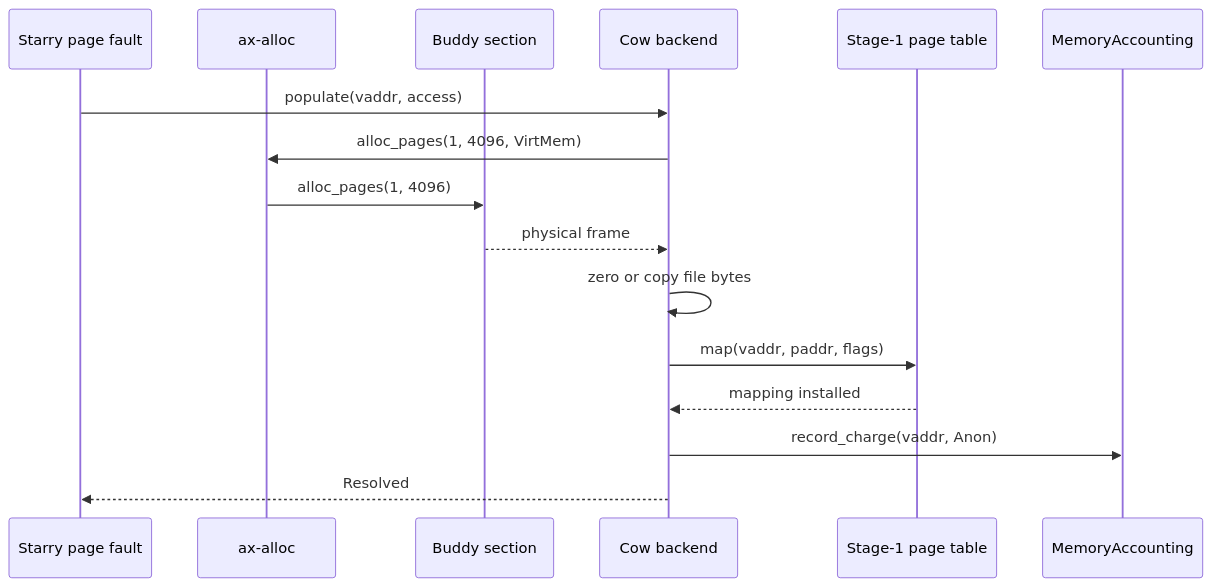
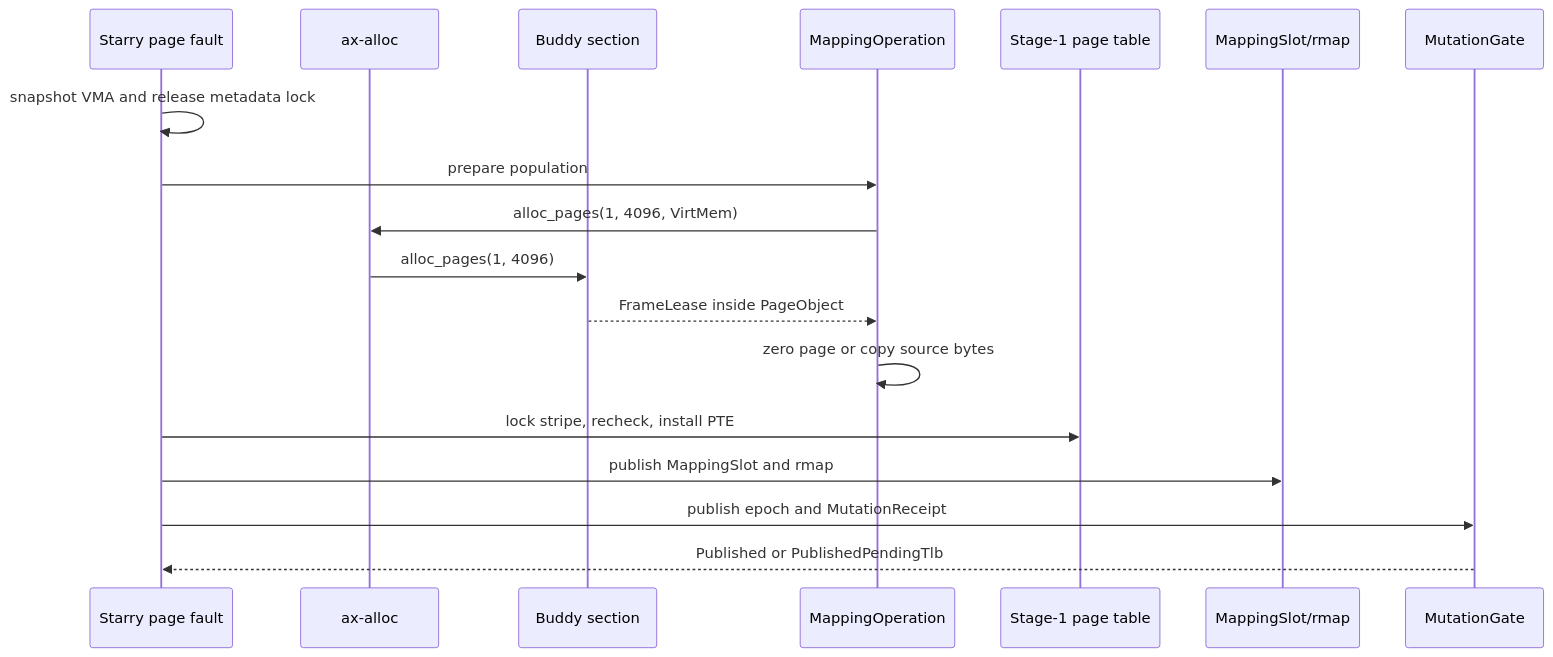
One commit to rcore-os/tgoskits changed the second of 2 diagrams in docs/docs/architecture/memory/overview.md. Above: the diagram before and after it, drawn with Mermaid. The commit also changed other lines of this file and 171 other files, not shown here.

````diff
--- a/docs/docs/architecture/memory/overview.md
+++ b/docs/docs/architecture/memory/overview.md
@@ -156,19 +156,21 @@
 ```mermaid
 sequenceDiagram
     participant Fault as Starry page fault
     participant Alloc as ax-alloc
     participant Buddy as Buddy section
-    participant Backend as Cow backend
+    participant Op as MappingOperation
     participant PT as Stage-1 page table
-    participant 常驻内存集大小 as MemoryAccounting
+    participant Graph as MappingSlot/rmap
+    participant Tx as MutationGate
 
-    Fault->>Backend: populate(vaddr, access)
-    Backend->>Alloc: alloc_pages(1, 4096, VirtMem)
+    Fault->>Fault: snapshot VMA and release metadata lock
+    Fault->>Op: prepare population
+    Op->>Alloc: alloc_pages(1, 4096, VirtMem)
     Alloc->>Buddy: alloc_pages(1, 4096)
-    Buddy-->>Backend: physical frame
-    Backend->>Backend: zero or copy file bytes
-    Backend->>PT: map(vaddr, paddr, flags)
-    PT-->>Backend: mapping installed
-    Backend->>常驻内存集大小: record_charge(vaddr, Anon)
-    Backend-->>Fault: Resolved
+    Buddy-->>Op: FrameLease inside PageObject
+    Op->>Op: zero page or copy source bytes
+    Fault->>PT: lock stripe, recheck, install PTE
+    Fault->>Graph: publish MappingSlot and rmap
+    Fault->>Tx: publish epoch and MutationReceipt
+    Tx-->>Fault: Published or PublishedPendingTlb
 ```
````
